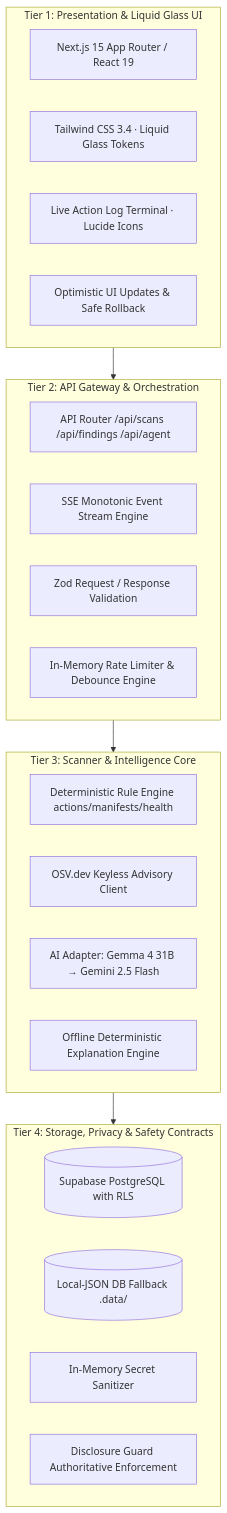
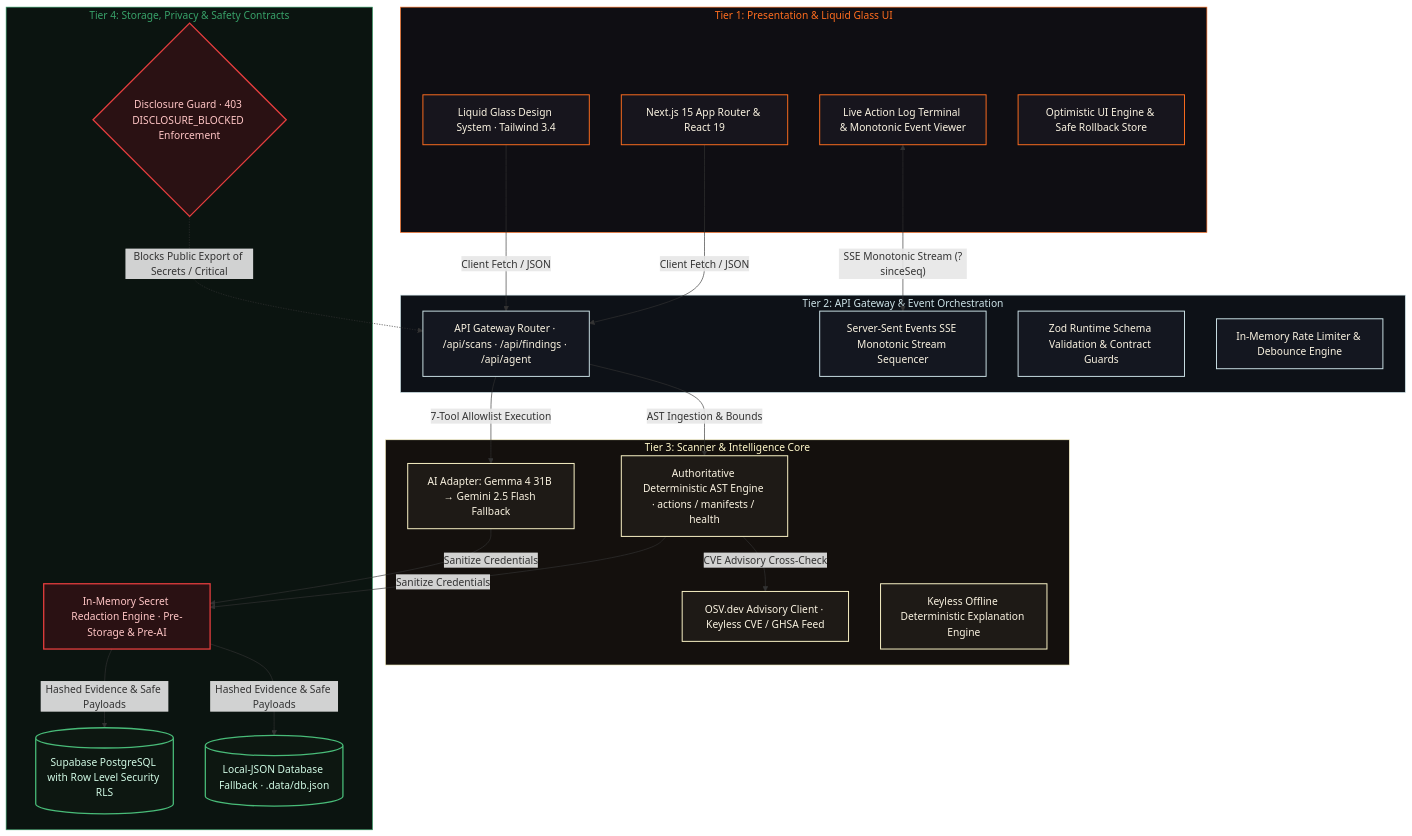
The second of 2 diagrams in README.md (meoxx009/AgentXContriBLens), drawn with Mermaid before and after one commit. The commit also changed other lines of this file and 6 other files, not shown here.

Commit message:
docs: refresh README with current live-app screenshots and upgraded animated diagrams

````diff
--- a/README.md
+++ b/README.md
@@ -192,34 +228,54 @@
 ```mermaid
 graph TB
-    subgraph UI[" Tier 1: Presentation & Liquid Glass UI "]
-        A1[Next.js 15 App Router / React 19]
-        A2[Tailwind CSS 3.4 · Liquid Glass Tokens]
-        A3[Live Action Log Terminal · Lucide Icons]
-        A4[Optimistic UI Updates & Safe Rollback]
+    %% ContribLens 4-Tier System Architecture Palette
+    classDef tier1 fill:#17151D,stroke:#FF6D1F,stroke-width:1.5px,color:#FAF3E1;
+    classDef tier2 fill:#141720,stroke:#CDE3E8,stroke-width:1.5px,color:#FAF3E1;
+    classDef tier3 fill:#1E1A16,stroke:#FFF8CA,stroke-width:1.5px,color:#FAF3E1;
+    classDef tier4 fill:#101B14,stroke:#38A169,stroke-width:1.5px,color:#FAF3E1;
+    classDef database fill:#0D1711,stroke:#48BB78,stroke-width:2px,color:#D1FAE5;
+    classDef barrier fill:#2A1113,stroke:#E53E3E,stroke-width:2px,color:#FFC5C5;
+    classDef default fill:#141318,stroke:#2D2B35,stroke-width:1.5px,color:#FAF3E1;
+
+    subgraph T1[" Tier 1: Presentation & Liquid Glass UI "]
+        U1["Next.js 15 App Router & React 19"]:::tier1
+        U2["Liquid Glass Design System · Tailwind 3.4"]:::tier1
+        U3["Live Action Log Terminal & Monotonic Event Viewer"]:::tier1
+        U4["Optimistic UI Engine & Safe Rollback Store"]:::tier1
     end
 
-    subgraph API[" Tier 2: API Gateway & Orchestration "]
-        B1[API Router /api/scans /api/findings /api/agent]
-        B2[SSE Monotonic Event Stream Engine]
-        B3[Zod Request / Response Validation]
-        B4[In-Memory Rate Limiter & Debounce Engine]
+    subgraph T2[" Tier 2: API Gateway & Event Orchestration "]
+        A1["API Gateway Router · /api/scans · /api/findings · /api/agent"]:::tier2
+        A2["Server-Sent Events SSE Monotonic Stream Sequencer"]:::tier2
+        A3["Zod Runtime Schema Validation & Contract Guards"]:::tier2
+        A4["In-Memory Rate Limiter & Debounce Engine"]:::tier2
     end
 
-    subgraph Core[" Tier 3: Scanner & Intelligence Core "]
-        C1[Deterministic Rule Engine actions/manifests/health]
-        C2[OSV.dev Keyless Advisory Client]
-        C3["AI Adapter: Gemma 4 31B → Gemini 2.5 Flash"]
-        C4[Offline Deterministic Explanation Engine]
+    subgraph T3[" Tier 3: Scanner & Intelligence Core "]
+        C1["Authoritative Deterministic AST Engine · actions / manifests / health"]:::tier3
+        C2["OSV.dev Advisory Client · Keyless CVE / GHSA Feed"]:::tier3
+        C3["AI Adapter: Gemma 4 31B → Gemini 2.5 Flash Fallback"]:::tier3
+        C4["Keyless Offline Deterministic Explanation Engine"]:::tier3
     end
 
-    subgraph Security[" Tier 4: Storage, Privacy & Safety Contracts "]
-        D1[(Supabase PostgreSQL with RLS)]
-        D2[(Local-JSON DB Fallback .data/)]
-        D3[In-Memory Secret Sanitizer]
-        D4[Disclosure Guard Authoritative Enforcement]
+    subgraph T4[" Tier 4: Storage, Privacy & Safety Contracts "]
+        D1[("Supabase PostgreSQL with Row Level Security RLS")]:::database
+        D2[("Local-JSON Database Fallback · .data/db.json")]:::database
+        D3["In-Memory Secret Redaction Engine · Pre-Storage & Pre-AI"]:::barrier
+        D4{"Disclosure Guard · 403 DISCLOSURE_BLOCKED Enforcement"}:::barrier
     end
 
-    UI --> API
-    API --> Core
-    Core --> Security
+    %% Data Flow Connections
+    U1 & U2 -->|"Client Fetch / JSON"| A1
+    U3 <-->|"SSE Monotonic Stream (?sinceSeq)"| A2
+    A1 -->|"AST Ingestion & Bounds"| C1
+    A1 -->|"7-Tool Allowlist Execution"| C3
+    C1 -->|"CVE Advisory Cross-Check"| C2
+    C1 & C3 -->|"Sanitize Credentials"| D3
+    D3 -->|"Hashed Evidence & Safe Payloads"| D1 & D2
+    D4 -.->|"Blocks Public Export of Secrets / Critical"| A1
+
+    style T1 fill:#0F0E13,stroke:#FF6D1F,stroke-width:1px,color:#FF6D1F
+    style T2 fill:#0D1117,stroke:#CDE3E8,stroke-width:1px,color:#CDE3E8
+    style T3 fill:#14100D,stroke:#FFF8CA,stroke-width:1px,color:#FFF8CA
+    style T4 fill:#0B1410,stroke:#38A169,stroke-width:1px,color:#38A169
 ```
````
